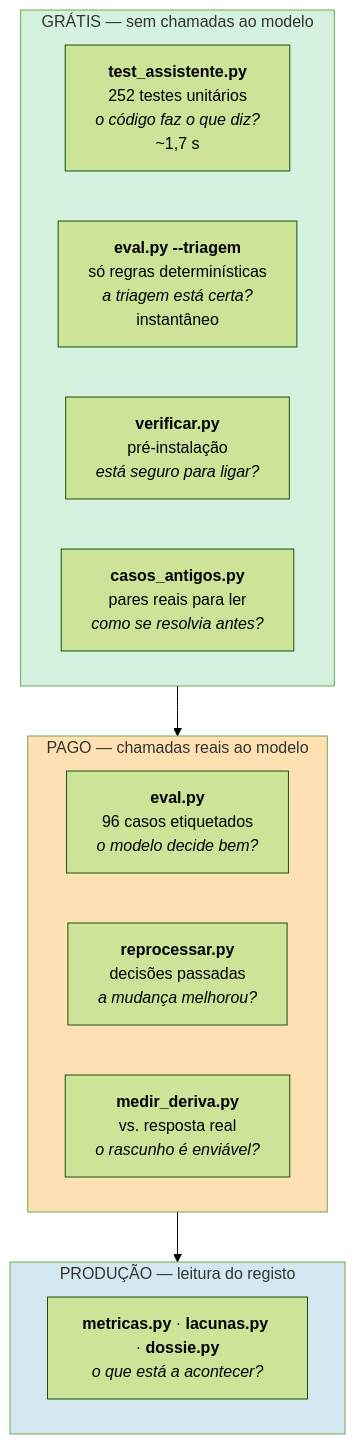
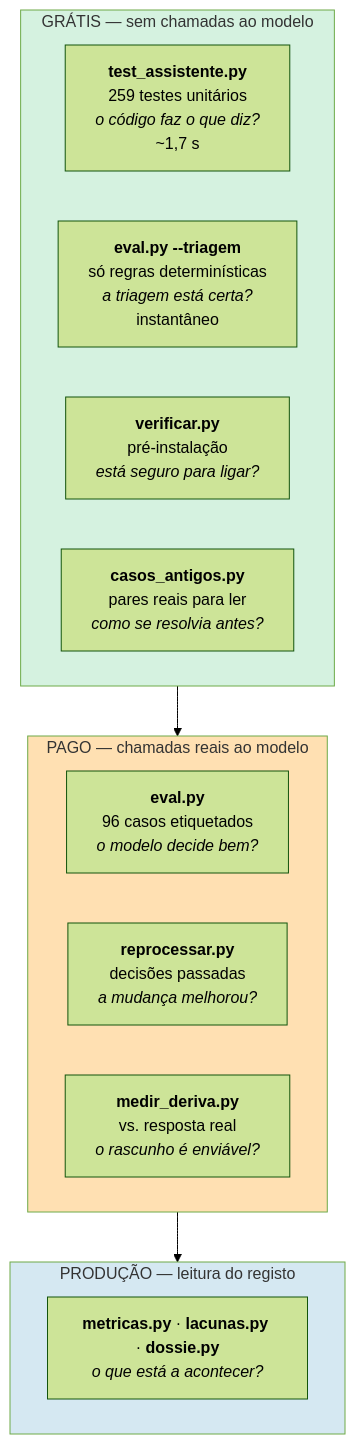
The first of 3 diagrams in docs/05-reliability/qa.md (joaocarvalhini/Outlook-Reply-Assistant), drawn with Mermaid (forest theme) before and after one commit. The commit also changed other lines of this file and 8 other files, not shown here.

````diff
--- a/docs/05-reliability/qa.md
+++ b/docs/05-reliability/qa.md
@@ -19,22 +19,22 @@
 ```mermaid
 flowchart TB
     subgraph G["GRÁTIS — sem chamadas ao modelo"]
-        T1["<b>test_assistente.py</b><br/>252 testes unitários<br/><i>o código faz o que diz?</i><br/>~1,7 s"]
+        T1["<b>test_assistente.py</b><br/>259 testes unitários<br/><i>o código faz o que diz?</i><br/>~1,7 s"]
         T2["<b>eval.py --triagem</b><br/>só regras determinísticas<br/><i>a triagem está certa?</i><br/>instantâneo"]
         T3["<b>verificar.py</b><br/>pré-instalação<br/><i>está seguro para ligar?</i>"]
         T4["<b>casos_antigos.py</b><br/>pares reais para ler<br/><i>como se resolvia antes?</i>"]
     end
     subgraph P["PAGO — chamadas reais ao modelo"]
         T5["<b>eval.py</b><br/>96 casos etiquetados<br/><i>o modelo decide bem?</i>"]
         T6["<b>reprocessar.py</b><br/>decisões passadas<br/><i>a mudança melhorou?</i>"]
         T7["<b>medir_deriva.py</b><br/>vs. resposta real<br/><i>o rascunho é enviável?</i>"]
     end
     subgraph PR["PRODUÇÃO — leitura do registo"]
         T8["<b>metricas.py</b> · <b>lacunas.py</b> · <b>dossie.py</b><br/><i>o que está a acontecer?</i>"]
     end
 
     G --> P --> PR
     style G fill:#d5f2e0
     style P fill:#ffe0b2
     style PR fill:#d5e8f2
 ```
````
